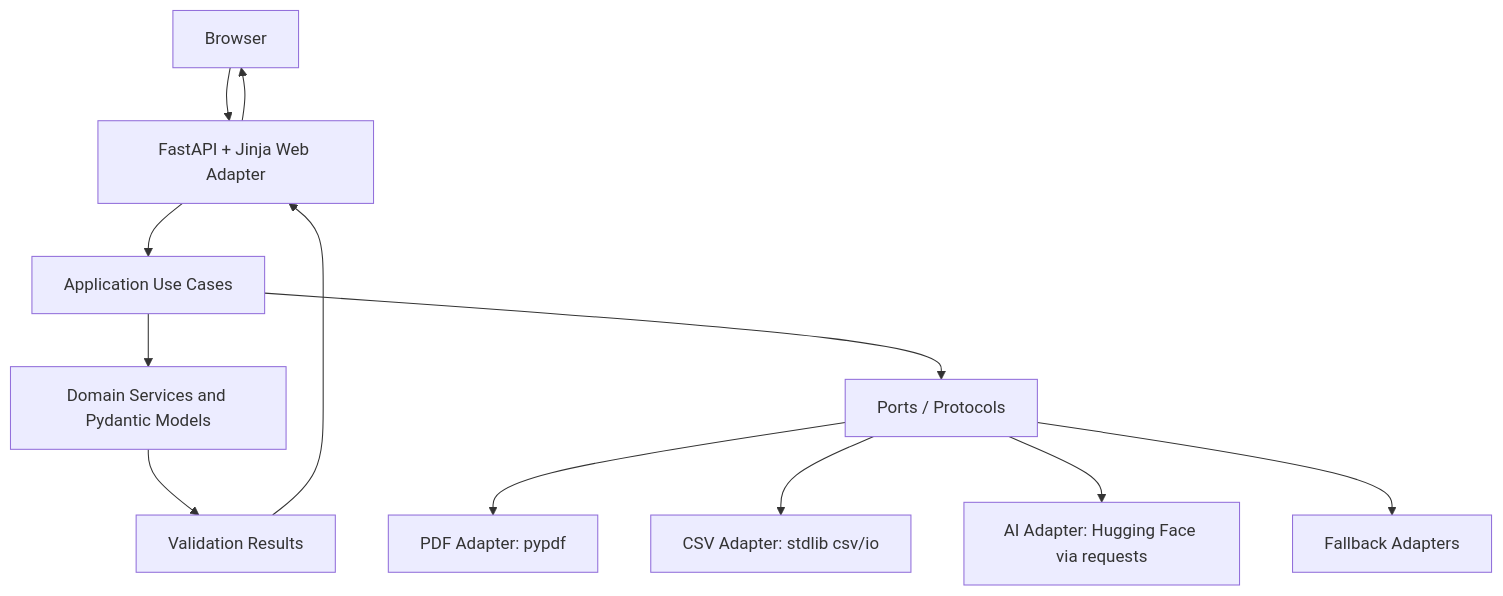
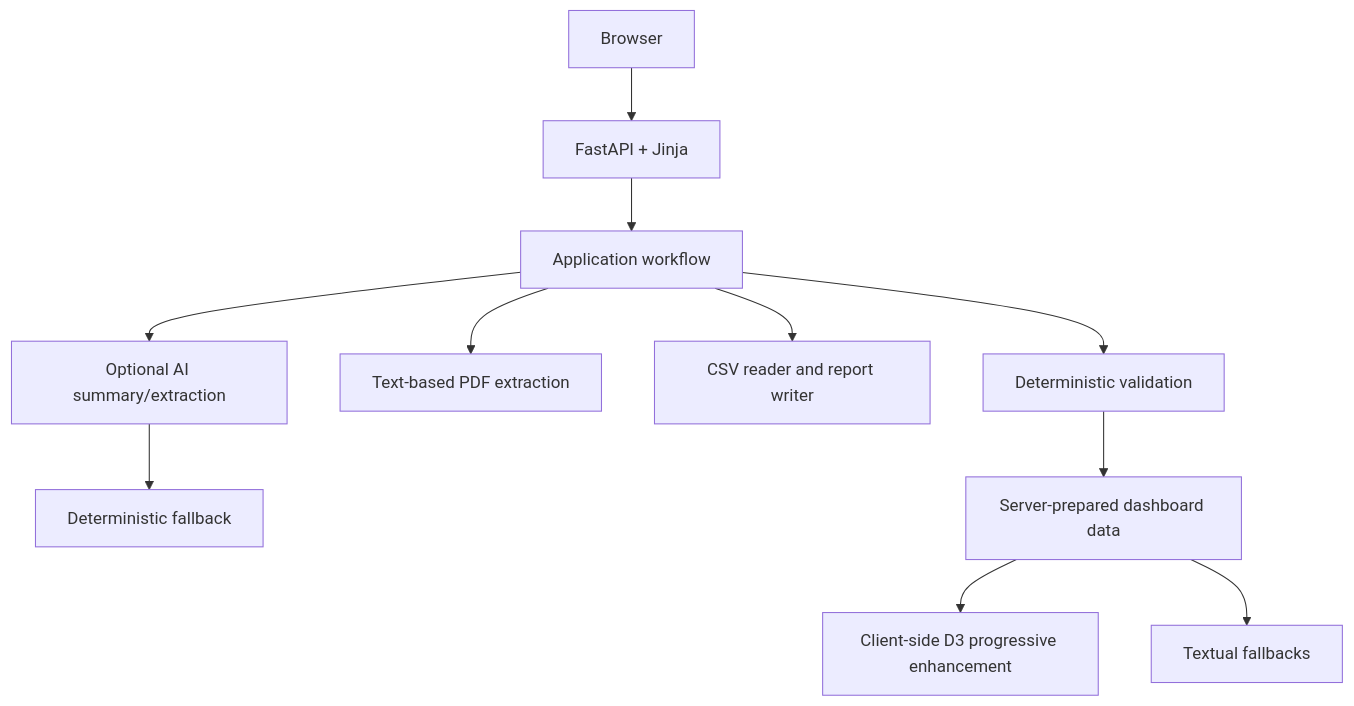
One commit to xcoder-es/policycheck_demo changed the second of 3 diagrams in README.md. Above: the diagram before and after it, drawn with Mermaid. The commit also changed other lines of this file and 9 other files, not shown here.

````diff
--- a/README.md
+++ b/README.md
@@ -69,14 +51,13 @@
 ```mermaid
 flowchart TB
-    Browser[Browser] --> FastAPI[FastAPI + Jinja Web Adapter]
-    FastAPI --> UseCases[Application Use Cases]
-    UseCases --> Domain[Domain Services and Pydantic Models]
-    UseCases --> Ports[Ports / Protocols]
-    Ports --> PDF[PDF Adapter: pypdf]
-    Ports --> CSV[CSV Adapter: stdlib csv/io]
-    Ports --> AI[AI Adapter: Hugging Face via requests]
-    Ports --> Fallback[Fallback Adapters]
-    Domain --> Results[Validation Results]
-    Results --> FastAPI
-    FastAPI --> Browser
+    Browser[Browser] --> Web[FastAPI + Jinja]
+    Web --> App[Application workflow]
+    App --> Domain[Deterministic validation]
+    App --> PDF[Text-based PDF extraction]
+    App --> CSV[CSV reader and report writer]
+    App --> AI[Optional AI summary/extraction]
+    AI --> Fallback[Deterministic fallback]
+    Domain --> Dashboard[Server-prepared dashboard data]
+    Dashboard --> D3[Client-side D3 progressive enhancement]
+    Dashboard --> Text[Textual fallbacks]
 ```
````
